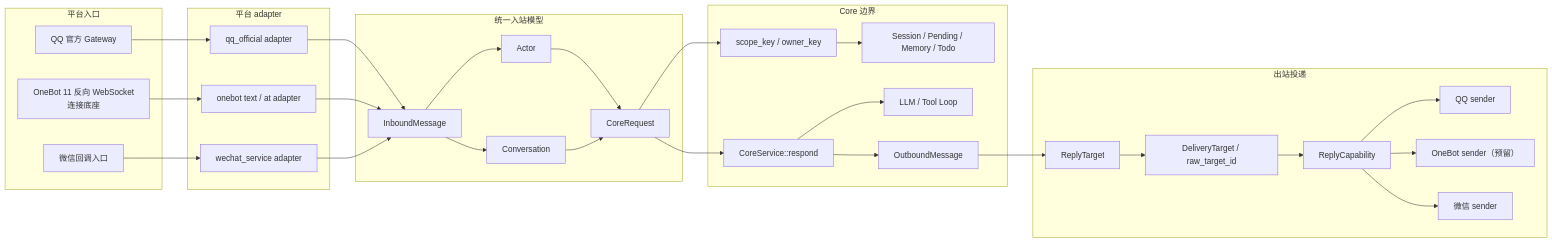
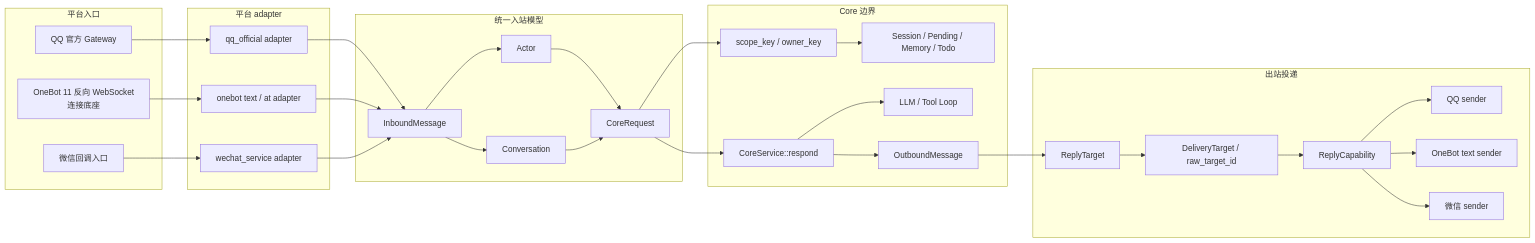
The diagram in qq-maid-gateway-rs/README.md (kuliantnt/qq-maid-bot), drawn with Mermaid before and after one commit. The commit also changed other lines of this file and 8 other files, not shown here.

Commit message:
feat: 实现 OneBot 11 文本发送

````diff
--- a/qq-maid-gateway-rs/README.md
+++ b/qq-maid-gateway-rs/README.md
@@ -7,52 +7,52 @@
 ```mermaid
 flowchart LR
     subgraph platform_in["平台入口"]
         qq["QQ 官方 Gateway"]
         onebot["OneBot 11 反向 WebSocket<br/>连接底座"]
         wechat["微信回调入口"]
     end
 
     subgraph adapters["平台 adapter"]
         qq_adapter["qq_official adapter"]
         onebot_adapter["onebot text / at adapter"]
         wechat_adapter["wechat_service adapter"]
     end
 
     subgraph inbound["统一入站模型"]
         inbound_msg["InboundMessage"]
         actor["Actor"]
         conversation["Conversation"]
         core_request["CoreRequest"]
     end
 
     subgraph core["Core 边界"]
         core_service["CoreService::respond"]
         business_keys["scope_key / owner_key"]
         state["Session / Pending / Memory / Todo"]
         llm["LLM / Tool Loop"]
         outbound_msg["OutboundMessage"]
     end
 
     subgraph outbound["出站投递"]
         reply_target["ReplyTarget"]
         delivery_target["DeliveryTarget / raw_target_id"]
         capability["ReplyCapability"]
         qq_sender["QQ sender"]
-        onebot_sender["OneBot sender（预留）"]
+        onebot_sender["OneBot text sender"]
         wechat_sender["微信 sender"]
     end
 
     qq --> qq_adapter --> inbound_msg
     onebot --> onebot_adapter --> inbound_msg
     wechat --> wechat_adapter --> inbound_msg
     inbound_msg --> actor --> core_request
     inbound_msg --> conversation --> core_request
     core_request --> core_service
     core_request --> business_keys --> state
     core_service --> llm
     core_service --> outbound_msg
     outbound_msg --> reply_target --> delivery_target --> capability
     capability --> qq_sender
     capability --> onebot_sender
     capability --> wechat_sender
 ```
````
